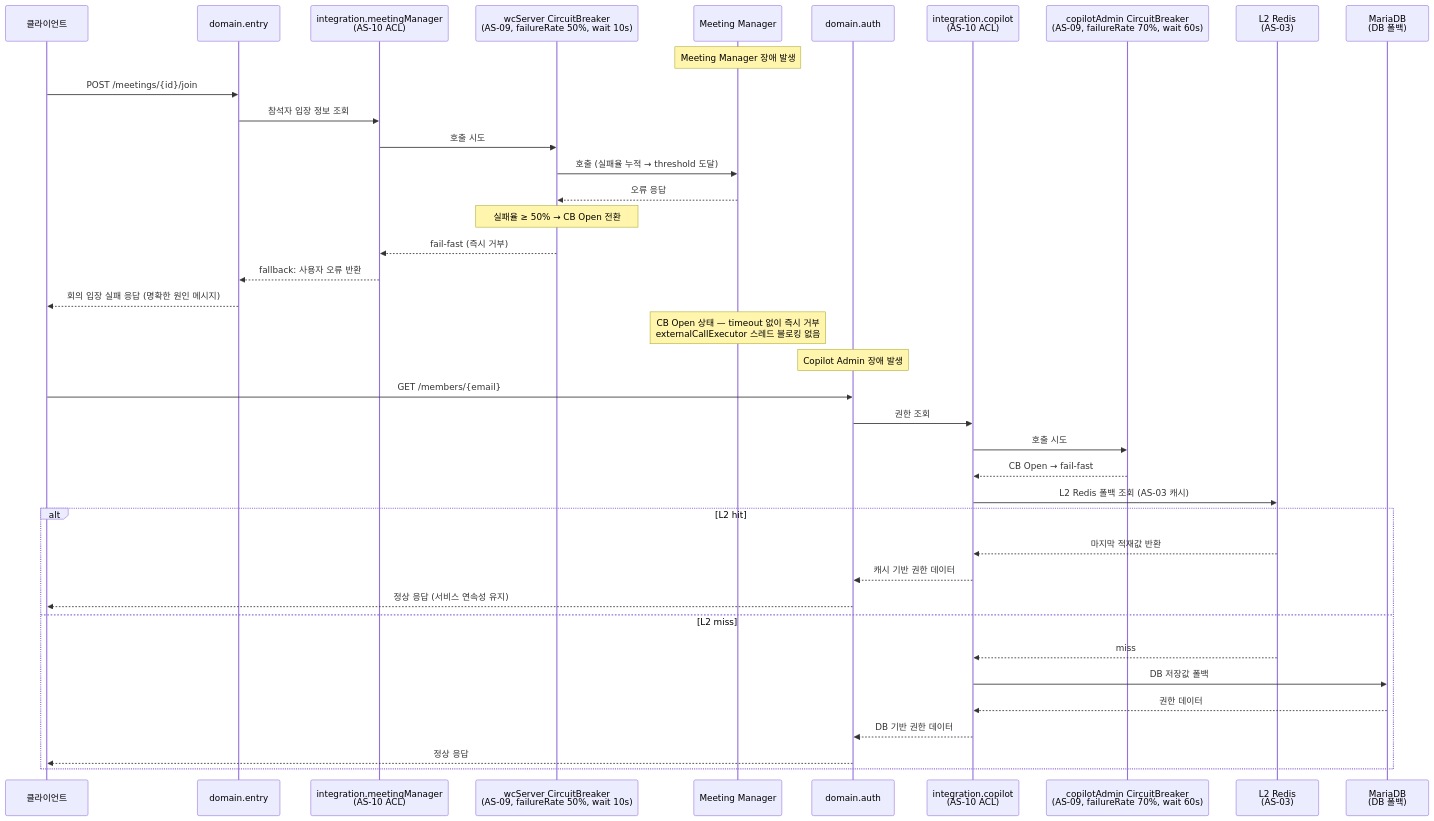
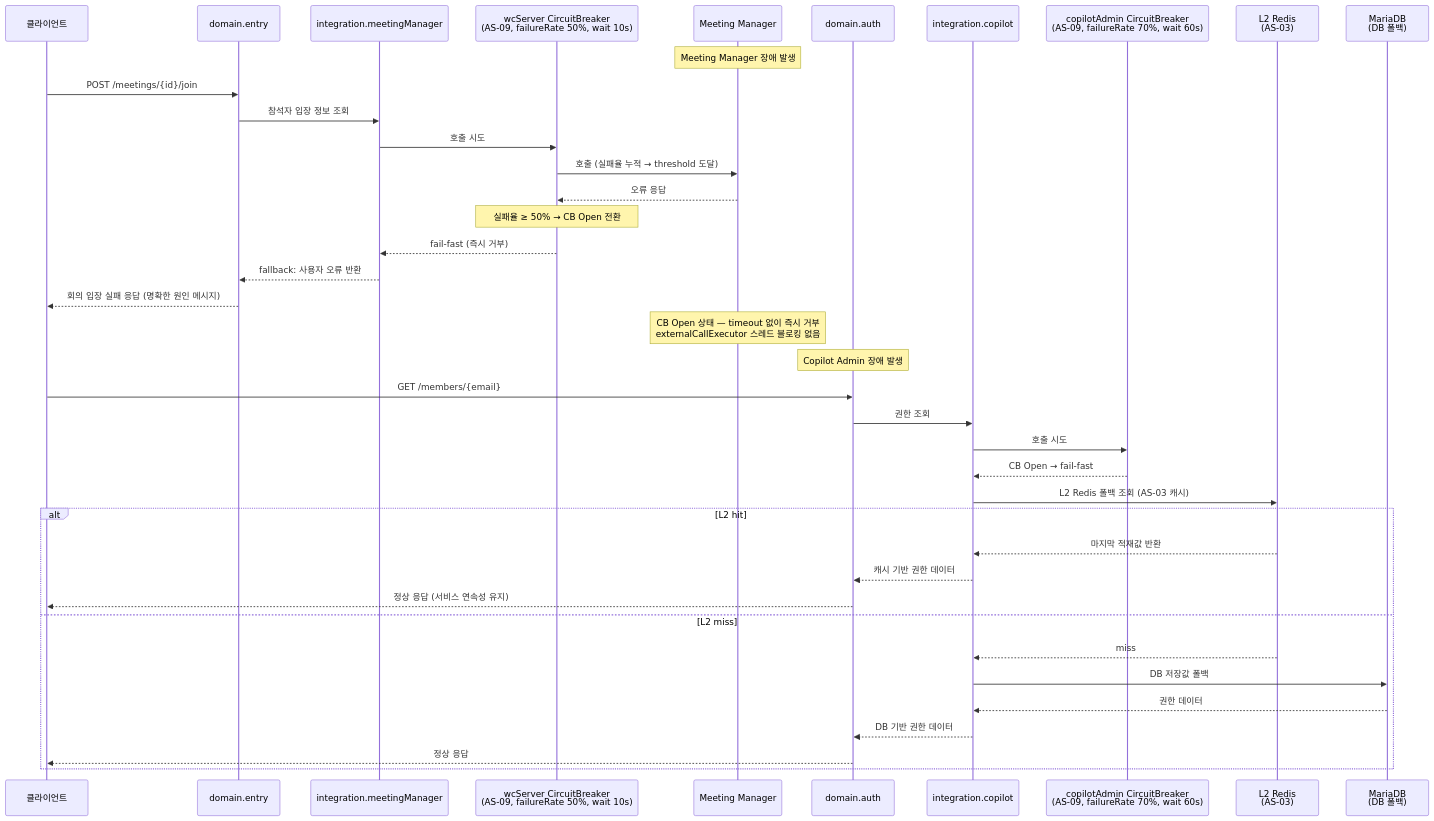
One commit to sujinnkim/A_Personal changed the fifth of 5 diagrams in docs/05-architecture-design/4.2-execution/4.2.1-runtime-view/overview.md. Above: the diagram before and after it, drawn with Mermaid. The commit also changed other lines of this file and 24 other files, not shown here.

````diff
--- a/docs/05-architecture-design/4.2-execution/4.2.1-runtime-view/overview.md
+++ b/docs/05-architecture-design/4.2-execution/4.2.1-runtime-view/overview.md
@@ -201,45 +199,45 @@
 ```mermaid
 sequenceDiagram
     participant C as 클라이언트
     participant DE as domain.entry
-    participant MM_INT as integration.meetingManager<br/>(AS-10 ACL)
+    participant MM_INT as integration.meetingManager
     participant CB_MM as wcServer CircuitBreaker<br/>(AS-09, failureRate 50%, wait 10s)
     participant MM as Meeting Manager
 
     participant DA as domain.auth
-    participant CP_INT as integration.copilot<br/>(AS-10 ACL)
+    participant CP_INT as integration.copilot
     participant CB_CP as copilotAdmin CircuitBreaker<br/>(AS-09, failureRate 70%, wait 60s)
     participant L2 as L2 Redis<br/>(AS-03)
     participant DB_F as MariaDB<br/>(DB 폴백)
 
     Note over MM: Meeting Manager 장애 발생
     C->>DE: POST /meetings/{id}/join
     DE->>MM_INT: 참석자 입장 정보 조회
     MM_INT->>CB_MM: 호출 시도
     CB_MM->>MM: 호출 (실패율 누적 → threshold 도달)
     MM-->>CB_MM: 오류 응답
     Note over CB_MM: 실패율 ≥ 50% → CB Open 전환
     CB_MM-->>MM_INT: fail-fast (즉시 거부)
     MM_INT-->>DE: fallback: 사용자 오류 반환
     DE-->>C: 회의 입장 실패 응답 (명확한 원인 메시지)
 
     Note over MM: CB Open 상태 — timeout 없이 즉시 거부<br/>externalCallExecutor 스레드 블로킹 없음
 
     Note over DA: Copilot Admin 장애 발생
     C->>DA: GET /members/{email}
     DA->>CP_INT: 권한 조회
     CP_INT->>CB_CP: 호출 시도
     CB_CP-->>CP_INT: CB Open → fail-fast
     CP_INT->>L2: L2 Redis 폴백 조회 (AS-03 캐시)
     alt L2 hit
         L2-->>CP_INT: 마지막 적재값 반환
         CP_INT-->>DA: 캐시 기반 권한 데이터
         DA-->>C: 정상 응답 (서비스 연속성 유지)
     else L2 miss
         L2-->>CP_INT: miss
         CP_INT->>DB_F: DB 저장값 폴백
         DB_F-->>CP_INT: 권한 데이터
         CP_INT-->>DA: DB 기반 권한 데이터
         DA-->>C: 정상 응답
     end
 ```
````
